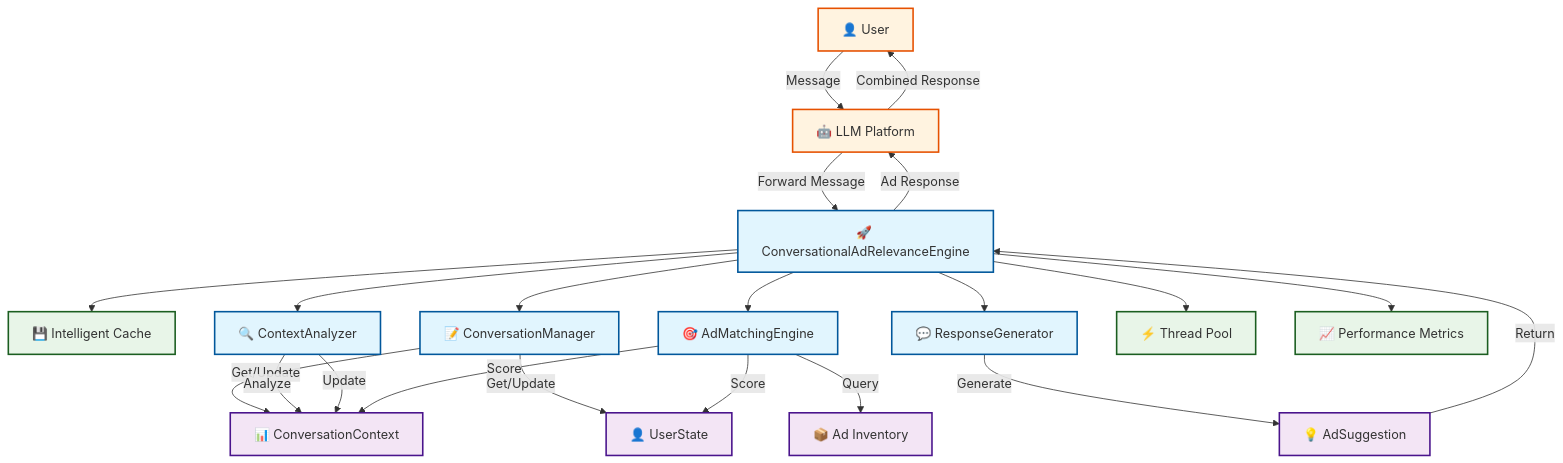
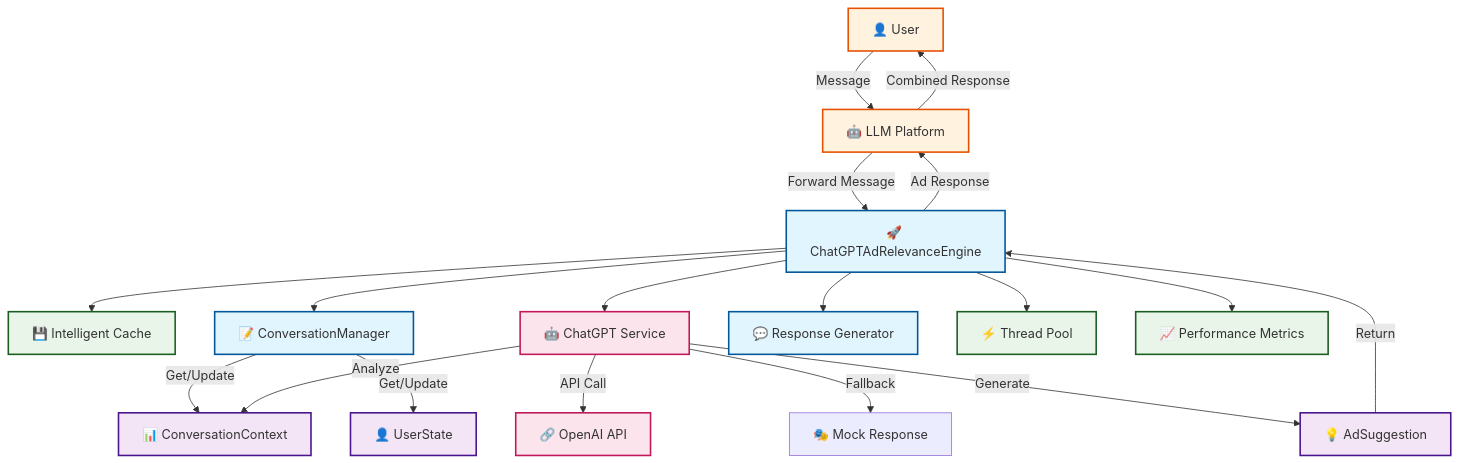
One commit to manikamonga/ConversationalAdRelevanceEngine changed the first of 3 diagrams in README.md. Above: the diagram before and after it, drawn with Mermaid. The commit also changed other lines of this file and 53 other files, not shown here.

First line of the commit message:
feat: Implement ChatGPT-only conversational system with dynamic ad generation

````diff
--- a/README.md
+++ b/README.md
@@ -50,46 +52,45 @@
 ```mermaid
 graph TB
     %% External Inputs
     User[👤 User] --> |Message| LLM[🤖 LLM Platform]
-    LLM --> |Forward Message| Engine[🚀 ConversationalAdRelevanceEngine]
+    LLM --> |Forward Message| Engine[🚀 ChatGPTAdRelevanceEngine]
     
     %% Main Engine Components
     Engine --> Cache[💾 Intelligent Cache]
     Engine --> ContextMgr[📝 ConversationManager]
-    Engine --> ContextAnalyzer[🔍 ContextAnalyzer]
-    Engine --> AdMatcher[🎯 AdMatchingEngine]
-    Engine --> ResponseGen[💬 ResponseGenerator]
+    Engine --> ChatGPTService[🤖 ChatGPT Service]
+    Engine --> ResponseGen[💬 Response Generator]
+    
+    %% ChatGPT Integration
+    ChatGPTService --> |API Call| OpenAI[🔗 OpenAI API]
+    ChatGPTService --> |Fallback| MockResponse[🎭 Mock Response]
     
     %% Data Flow
     ContextMgr --> |Get/Update| Context[📊 ConversationContext]
     ContextMgr --> |Get/Update| UserState[👤 UserState]
     
-    ContextAnalyzer --> |Analyze| Context
-    ContextAnalyzer --> |Update| Context
-    
-    AdMatcher --> |Query| AdInventory[📦 Ad Inventory]
-    AdMatcher --> |Score| Context
-    AdMatcher --> |Score| UserState
-    
-    ResponseGen --> |Generate| AdSuggestion[💡 AdSuggestion]
+    ChatGPTService --> |Analyze| Context
+    ChatGPTService --> |Generate| AdSuggestion[💡 AdSuggestion]
     
     %% Performance Components
     Engine --> ThreadPool[⚡ Thread Pool]
     Engine --> Metrics[📈 Performance Metrics]
     
     %% Output
     AdSuggestion --> |Return| Engine
     Engine --> |Ad Response| LLM
     LLM --> |Combined Response| User
     
     %% Styling
     classDef engineClass fill:#e1f5fe,stroke:#01579b,stroke-width:2px
     classDef dataClass fill:#f3e5f5,stroke:#4a148c,stroke-width:2px
     classDef perfClass fill:#e8f5e8,stroke:#1b5e20,stroke-width:2px
     classDef externalClass fill:#fff3e0,stroke:#e65100,stroke-width:2px
+    classDef aiClass fill:#fce4ec,stroke:#c2185b,stroke-width:2px
     
-    class Engine,ContextAnalyzer,AdMatcher,ResponseGen,ContextMgr engineClass
-    class Context,UserState,AdInventory,AdSuggestion dataClass
+    class Engine,ChatGPTService,ResponseGen,ContextMgr engineClass
+    class Context,UserState,AdSuggestion dataClass
     class Cache,ThreadPool,Metrics perfClass
     class User,LLM externalClass
+    class OpenAI,ChatGPTService aiClass
 ```
````
